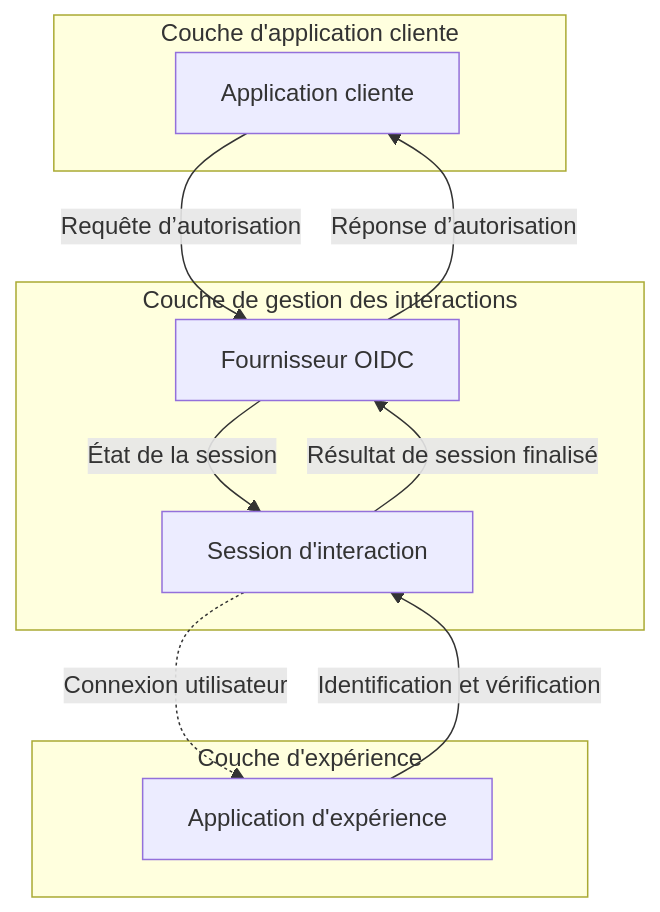
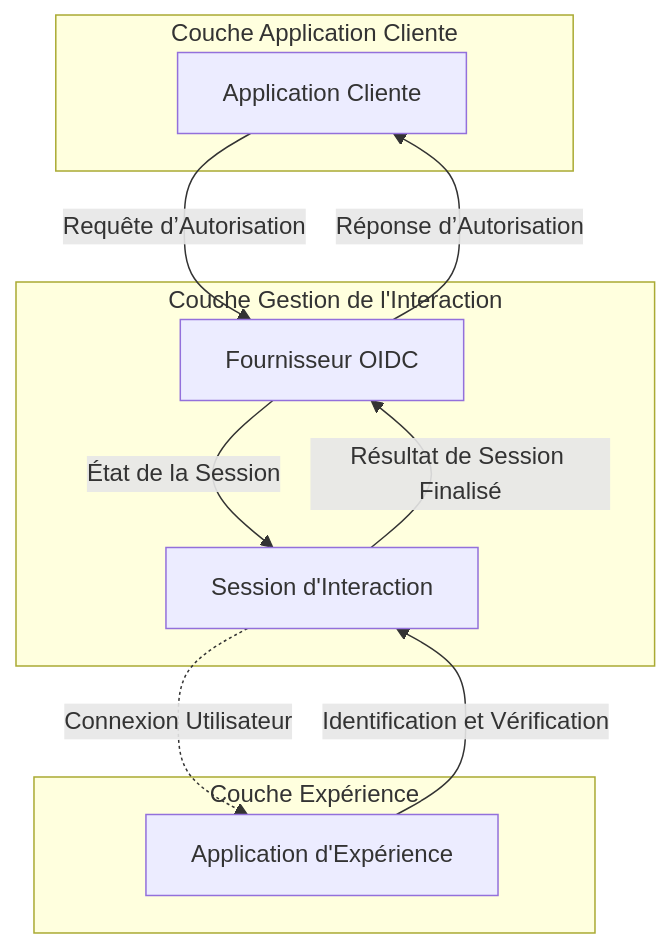
The second of 2 diagrams in i18n/fr/docusaurus-plugin-content-docs/current/end-user-flows/sign-up-and-sign-in/README.mdx (logto-io/docs), drawn with Mermaid before and after one commit. The commit also changed other lines of this file and 428 other files, not shown here.

````diff
--- a/i18n/fr/docusaurus-plugin-content-docs/current/end-user-flows/sign-up-and-sign-in/README.mdx
+++ b/i18n/fr/docusaurus-plugin-content-docs/current/end-user-flows/sign-up-and-sign-in/README.mdx
@@ -45,24 +45,24 @@
 ```mermaid
 flowchart TD
   %% Couches
-  subgraph Layer1 [Couche d'application cliente]
-      A[Application cliente]
+  subgraph Layer1 [Couche Application Cliente]
+      A[Application Cliente]
   end
 
-  subgraph Layer2 [Couche de gestion des interactions]
+  subgraph Layer2 [Couche Gestion de l'Interaction]
       B[Fournisseur OIDC]
-      C[Session d'interaction]
+      C[Session d'Interaction]
   end
 
-  subgraph Layer3 [Couche d'expérience]
-      D[Application d'expérience]
+  subgraph Layer3 [Couche Expérience]
+      D[Application d'Expérience]
   end
 
   %% Connexions
-  A --> |Requête d’autorisation| B
-  B --> |État de la session| C
-  C -.-> |Connexion utilisateur| D
-  D --> |Identification et vérification| C
-  C --> |Résultat de session finalisé| B
-  B --> |Réponse d’autorisation| A
+  A --> |Requête d’Autorisation| B
+  B --> |État de la Session| C
+  C -.-> |Connexion Utilisateur| D
+  D --> |Identification et Vérification| C
+  C --> |Résultat de Session Finalisé| B
+  B --> |Réponse d’Autorisation| A
 ```
````
